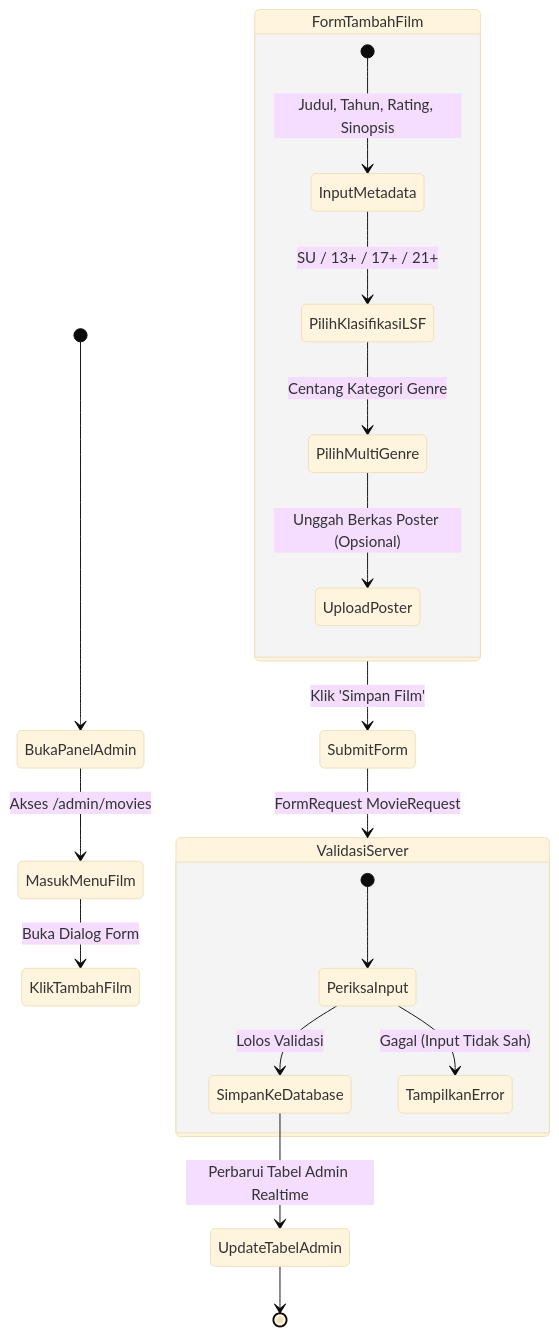
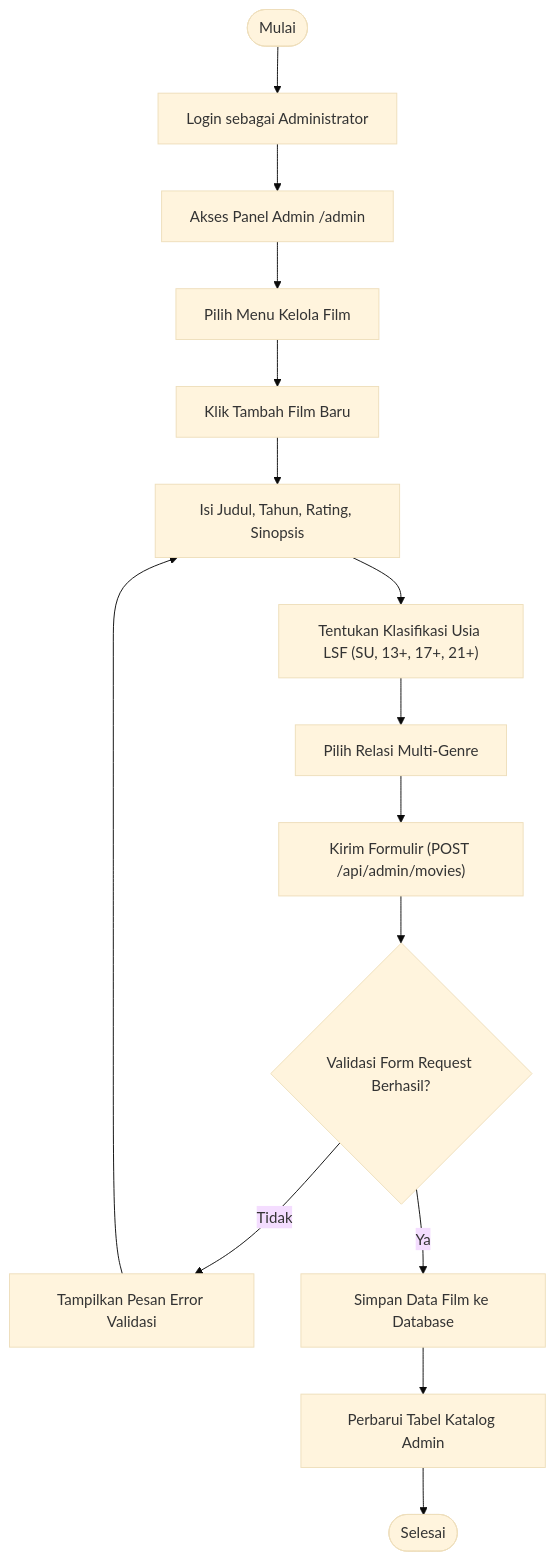
The sixth of 6 diagrams in DOKUMENTASI_PROYEK.md (MangOleh22/rekomendasi-film), drawn with Mermaid (base theme) before and after one commit. The commit also changed other lines of this file, not shown here.

Commit message:
fix: perbaiki sintaks mermaid ERD, LRS, dan Activity Diagram untuk GitHub

````diff
--- a/DOKUMENTASI_PROYEK.md
+++ b/DOKUMENTASI_PROYEK.md
@@ -255,25 +257,19 @@
 ```mermaid
-stateDiagram-v2
-    [*] --> BukaPanelAdmin
-    BukaPanelAdmin --> MasukMenuFilm : Akses /admin/movies
-    MasukMenuFilm --> KlikTambahFilm : Buka Dialog Form
+flowchart TD
+    Start(["Mulai"]) --> LoginAdmin["Login sebagai Administrator"]
+    LoginAdmin --> BukaPanel["Akses Panel Admin /admin"]
+    BukaPanel --> MenuFilm["Pilih Menu Kelola Film"]
+    MenuFilm --> BukaModal["Klik Tambah Film Baru"]
     
-    state FormTambahFilm {
-        [*] --> InputMetadata : Judul, Tahun, Rating, Sinopsis
-        InputMetadata --> PilihKlasifikasiLSF : SU / 13+ / 17+ / 21+
-        PilihKlasifikasiLSF --> PilihMultiGenre : Centang Kategori Genre
-        PilihMultiGenre --> UploadPoster : Unggah Berkas Poster (Opsional)
-    }
+    BukaModal --> InputForm["Isi Judul, Tahun, Rating, Sinopsis"]
+    InputForm --> PilihLSF["Tentukan Klasifikasi Usia LSF (SU, 13+, 17+, 21+)"]
+    PilihLSF --> CentangGenre["Pilih Relasi Multi-Genre"]
+    CentangGenre --> SubmitForm["Kirim Formulir (POST /api/admin/movies)"]
     
-    FormTambahFilm --> SubmitForm : Klik 'Simpan Film'
-    SubmitForm --> ValidasiServer : FormRequest MovieRequest
+    SubmitForm --> ValidasiInput{"Validasi Form Request Berhasil?"}
+    ValidasiInput -- "Tidak" --> MunculValidasiError["Tampilkan Pesan Error Validasi"] --> InputForm
+    ValidasiInput -- "Ya" --> SimpanDB["Simpan Data Film ke Database"]
     
-    state ValidasiServer {
-        [*] --> PeriksaInput
-        PeriksaInput --> SimpanKeDatabase : Lolos Validasi
-        PeriksaInput --> TampilkanError : Gagal (Input Tidak Sah)
-    }
-    
-    SimpanKeDatabase --> UpdateTabelAdmin : Perbarui Tabel Admin Realtime
-    UpdateTabelAdmin --> [*]
+    SimpanDB --> UpdateTabel["Perbarui Tabel Katalog Admin"]
+    UpdateTabel --> Selesai(["Selesai"])
 ```
````
